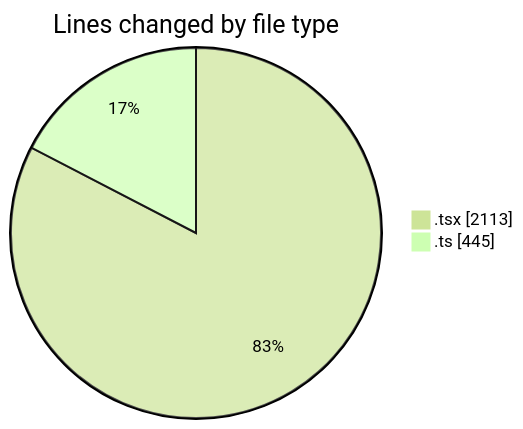
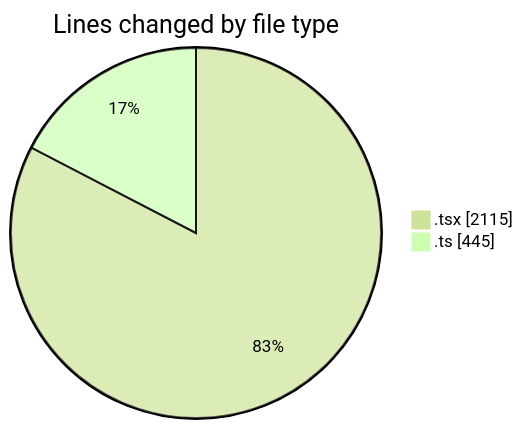
Before and after one commit to momahboobian/code-tracking: the first of 2 diagrams in 2025-09-24/cda/README.md, drawn with Mermaid (forest theme). The commit also changed other lines of this file and 1 other file, not shown here.

````diff
--- a/2025-09-24/cda/README.md
+++ b/2025-09-24/cda/README.md
@@ -29,6 +29,6 @@
 ```mermaid
 pie showData
 title Lines changed by file type
-".tsx" : 2113
+".tsx" : 2115
 ".ts" : 445
 ```
````
